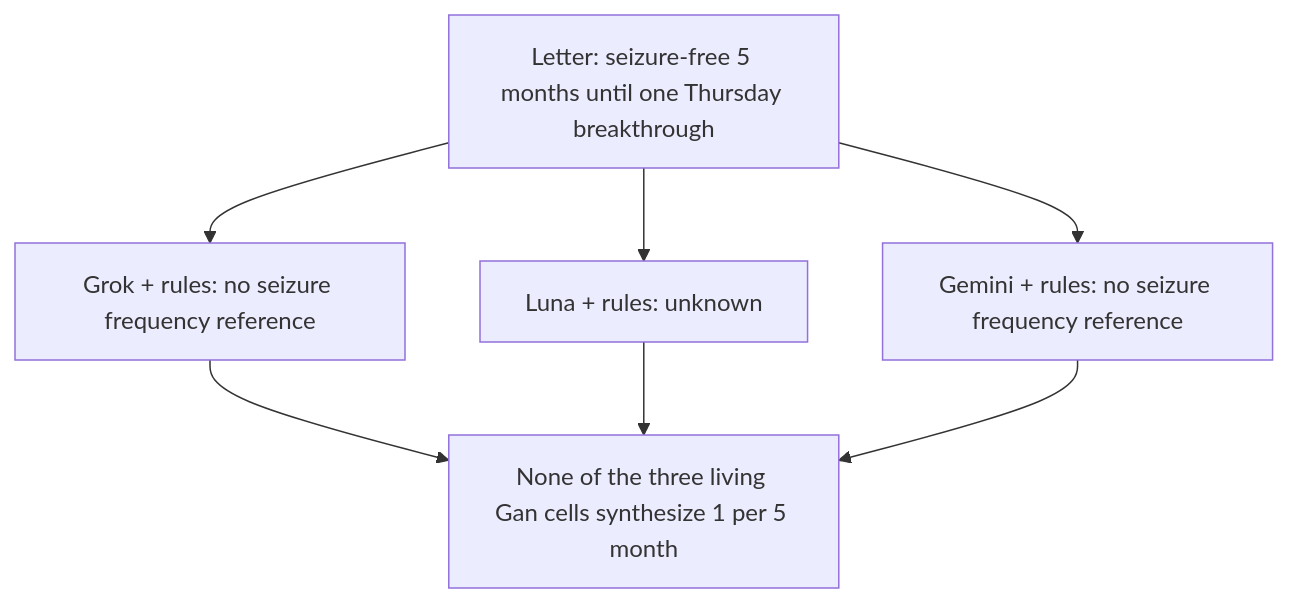
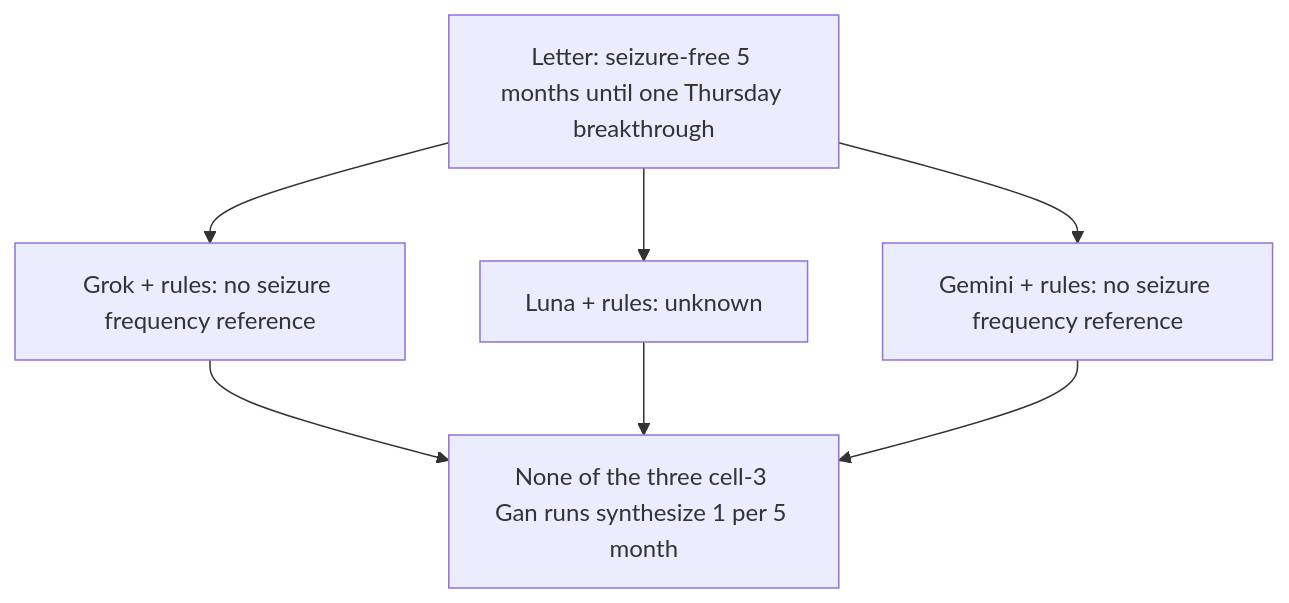
One commit to cbrown564-alt/clinical_extraction changed the diagram in docs/research/paper/six_model_single_letter_walkthrough_2026-08-15.md. Above: the diagram before and after it, drawn with Mermaid. The commit also changed other lines of this file and 26 other files, not shown here.

````diff
--- a/docs/research/paper/six_model_single_letter_walkthrough_2026-08-15.md
+++ b/docs/research/paper/six_model_single_letter_walkthrough_2026-08-15.md
@@ -83,10 +84,10 @@
 ```mermaid
 flowchart TD
   Note["Letter: seizure-free 5 months until one Thursday breakthrough"]
   Note --> Grok["Grok + rules: no seizure frequency reference"]
   Note --> Luna["Luna + rules: unknown"]
   Note --> Gemini["Gemini + rules: no seizure frequency reference"]
-  Grok --> Miss["None of the three living Gan cells synthesize 1 per 5 month"]
+  Grok --> Miss["None of the three cell-3 Gan runs synthesize 1 per 5 month"]
   Luna --> Miss
   Gemini --> Miss
 ```
````
